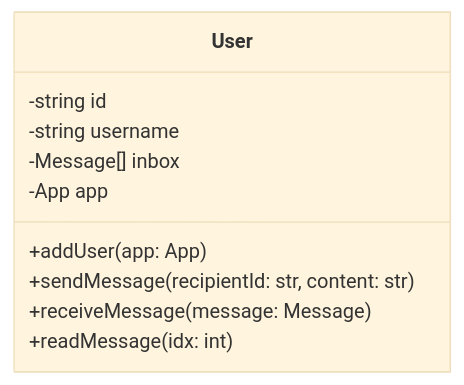
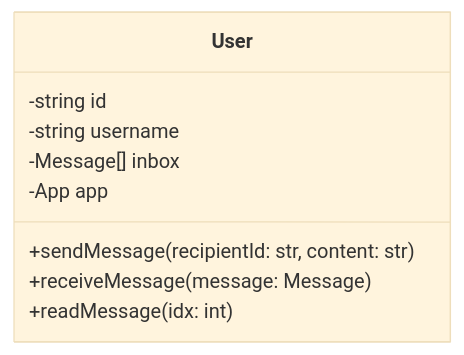
The fourth of 6 diagrams in TODO.md (corndel-swe/bee-mail), drawn with Mermaid (base theme) before and after one commit. The commit also changed other lines of this file, not shown here.

Commit message:
Updated & Labelled Sequence Diagram from Am25 fb

````diff
--- a/TODO.md
+++ b/TODO.md
@@ -74,13 +74,12 @@
 ```mermaid
 classDiagram
   class User {
     -string id
     -string username
     -Message[] inbox
     -App app
-    +addUser(app: App)
     +sendMessage(recipientId: str, content: str)
     +receiveMessage(message: Message)
     +readMessage(idx: int)
   }
 ```
````
